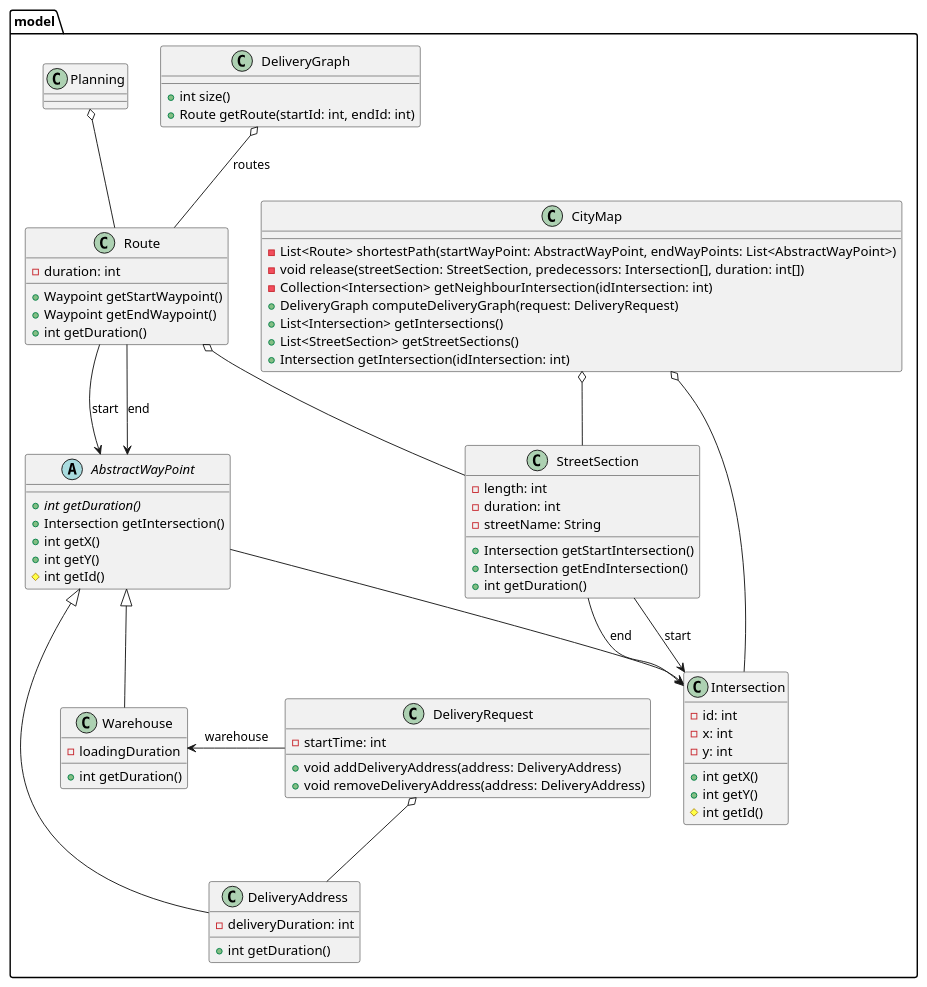
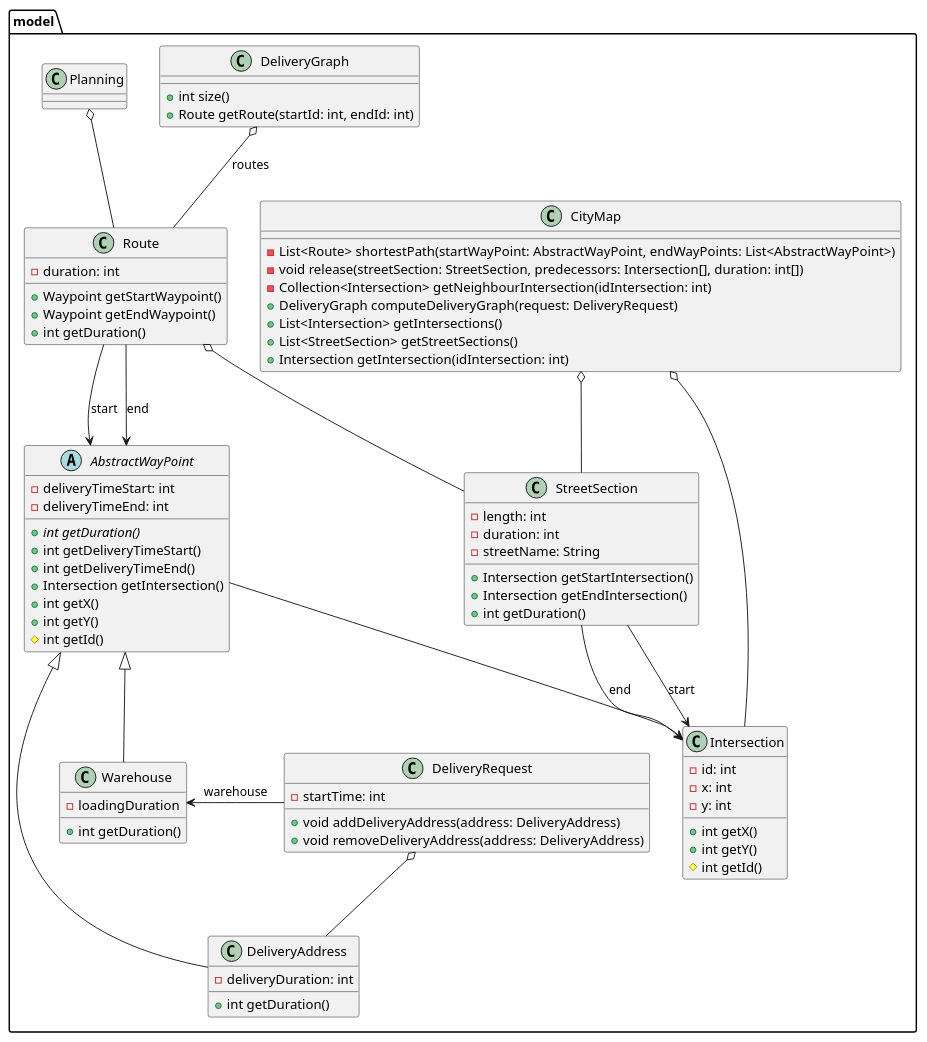
The diagram in docs/uml/package.model.puml (if-h4102/pld-agile), drawn with PlantUML before and after one commit.

Commit message:
add delivery time start and end into AbstractWayPoint

```diff
--- a/docs/uml/package.model.puml
+++ b/docs/uml/package.model.puml
@@ -1,89 +1,93 @@
 @startuml
 
 package model {
     class CityMap {
        -List<Route> shortestPath(startWayPoint: AbstractWayPoint, endWayPoints: List<AbstractWayPoint>)
        -void release(streetSection: StreetSection, predecessors: Intersection[], duration: int[])
        -Collection<Intersection> getNeighbourIntersection(idIntersection: int)
        +DeliveryGraph computeDeliveryGraph(request: DeliveryRequest)
        +List<Intersection> getIntersections()
        +List<StreetSection> getStreetSections()
        +Intersection getIntersection(idIntersection: int)
     }
 
     class DeliveryGraph {
         +int size()
         +Route getRoute(startId: int, endId: int)
     }
 
     class StreetSection {
         -length: int
         -duration: int
         -streetName: String
         +Intersection getStartIntersection()
         +Intersection getEndIntersection()
         +int getDuration()
     }
 
     class Intersection {
         -id: int
         -x: int
         -y: int
         +int getX()
         +int getY()
         #int getId()
     }
 
     abstract class AbstractWayPoint {
+    	-deliveryTimeStart: int
+    	-deliveryTimeEnd: int
         +{abstract} int getDuration()
+        +int getDeliveryTimeStart()
+        +int getDeliveryTimeEnd()
         +Intersection getIntersection()
         +int getX()
         +int getY()
         #int getId()
     }
 
     class DeliveryAddress {
         -deliveryDuration: int
         +int getDuration()
     }
 
     class Warehouse {
         -loadingDuration
         +int getDuration()
     }
 
     class DeliveryRequest {
         -startTime: int
         +void addDeliveryAddress(address: DeliveryAddress)
         +void removeDeliveryAddress(address: DeliveryAddress)
     }
 
     class Planning {
     }
 
     class Route {
         -duration: int
         +Waypoint getStartWaypoint()
         +Waypoint getEndWaypoint()
         +int getDuration()
     }
 
     CityMap o-- StreetSection
     CityMap o-- Intersection
     AbstractWayPoint --> Intersection
     StreetSection --> Intersection : end
     StreetSection --> Intersection : start
     Route o-- StreetSection
     Route --> AbstractWayPoint : end
     Route --> AbstractWayPoint : start
     AbstractWayPoint <|-- DeliveryAddress
     AbstractWayPoint <|-- Warehouse
     DeliveryRequest o-- DeliveryAddress
     DeliveryRequest -left-> Warehouse : warehouse
     DeliveryGraph o-- Route : routes
     Planning o-- Route
 }
 
 
 
 @enduml
```
